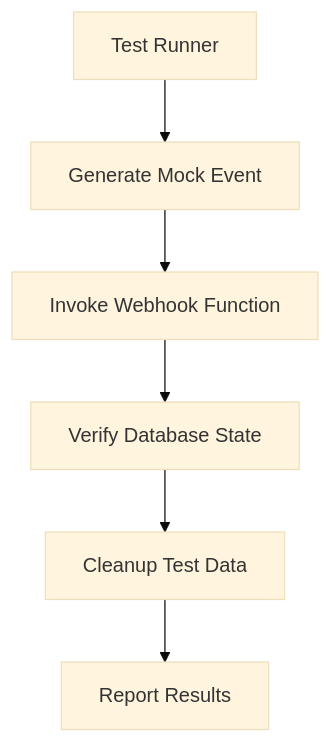
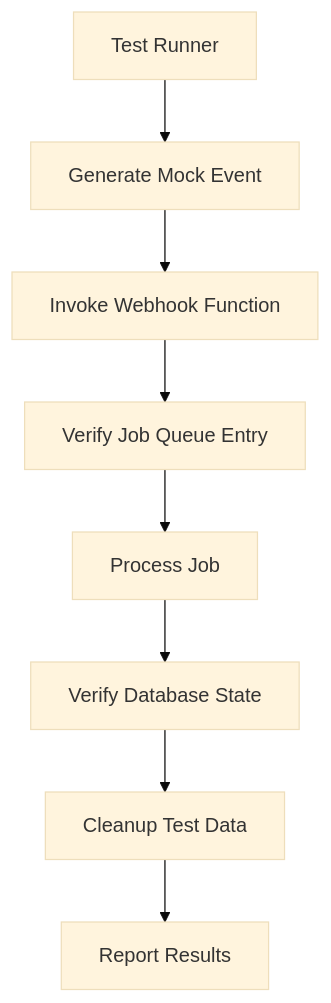
One commit to cornflowerblu/a1c-serverless changed the diagram in .kiro/plans/user-sync-webhook-testing/design.md. Above: the diagram before and after it, drawn with Mermaid (base theme). The commit also changed other lines of this file and 21 other files, not shown here.

First line of the commit message:
feat(auth): Implement job queue for reliable user synchronization

````diff
--- a/.kiro/plans/user-sync-webhook-testing/design.md
+++ b/.kiro/plans/user-sync-webhook-testing/design.md
@@ -17,8 +19,10 @@
 ```mermaid
 flowchart TD
     A[Test Runner] --> B[Generate Mock Event]
     B --> C[Invoke Webhook Function]
-    C --> D[Verify Database State]
-    D --> E[Cleanup Test Data]
-    E --> F[Report Results]
+    C --> D[Verify Job Queue Entry]
+    D --> E[Process Job]
+    E --> F[Verify Database State]
+    F --> G[Cleanup Test Data]
+    G --> H[Report Results]
 ```
````
